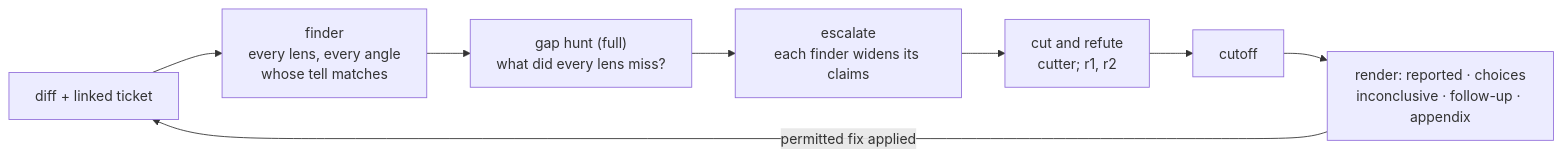
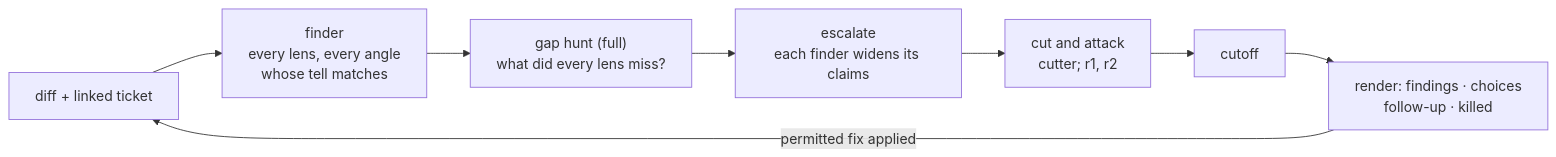
One commit to vancsj/bootgear changed the diagram in plugins/review/README.md. Above: the diagram before and after it, drawn with Mermaid. The commit also changed other lines of this file and 77 other files, not shown here.

First line of the commit message:
CONVERGE: replace the slate mechanism with attack batches, a dispute round trip and a separate cut field

````diff
--- a/plugins/review/README.md
+++ b/plugins/review/README.md
@@ -17,10 +17,10 @@
 ```mermaid
 flowchart LR
     D["diff + linked ticket"] --> F["finder<br/>every lens, every angle<br/>whose tell matches"]
     F --> G["gap hunt (full)<br/>what did every lens miss?"]
     G --> E["escalate<br/>each finder widens its claims"]
-    E --> C["cut and refute<br/>cutter; r1, r2"]
+    E --> C["cut and attack<br/>cutter; r1, r2"]
     C --> X["cutoff"]
-    X --> O["render: reported · choices<br/>inconclusive · follow-up · appendix"]
+    X --> O["render: findings · choices<br/>follow-up · killed"]
     O -->|"permitted fix applied"| D
 ```
````
